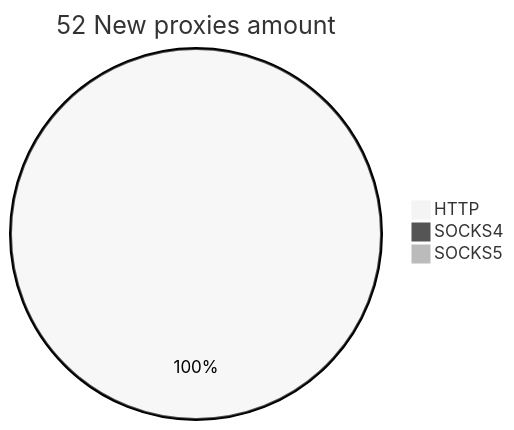
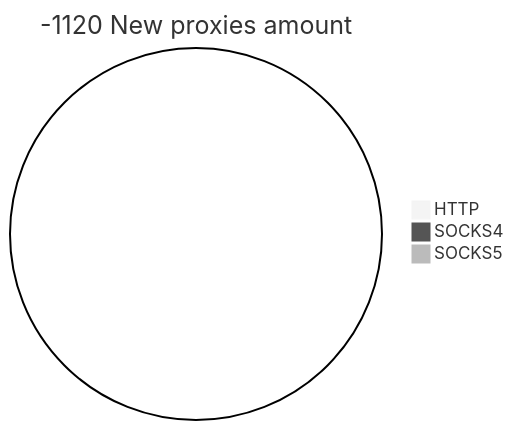
The second of 2 diagrams in README.md (cutipu/proxylist), drawn with Mermaid (neutral theme) before and after one commit. The commit also changed other lines of this file, not shown here.

````diff
--- a/README.md
+++ b/README.md
@@ -10,6 +10,6 @@
 ```mermaid
-pie title 52 New proxies amount
-    "HTTP" : 53
+pie title -1120 New proxies amount
+    "HTTP" : 0
     "SOCKS4" : 0
     "SOCKS5" : 0
 ```
````
